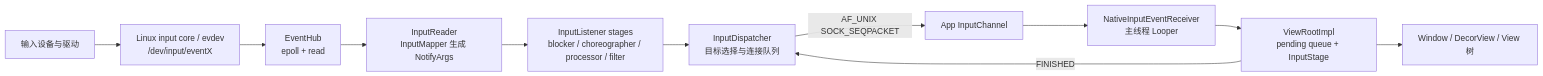
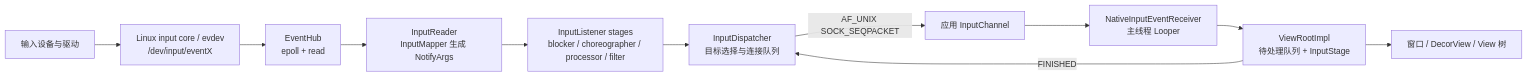
Before and after one commit to Gracker/android-internals-wiki: the diagram in src/part1-fundamentals/ch03-input/01-input-dispatch.md, drawn with Mermaid. The commit also changed other lines of this file and 4 other files, not shown here.

````diff
--- a/src/part1-fundamentals/ch03-input/01-input-dispatch.md
+++ b/src/part1-fundamentals/ch03-input/01-input-dispatch.md
@@ -99,13 +99,13 @@
 ```mermaid
 flowchart LR
     HW["输入设备与驱动"] --> EV["Linux input core / evdev<br/>/dev/input/eventX"]
     EV --> EH["EventHub<br/>epoll + read"]
     EH --> IR["InputReader<br/>InputMapper 生成 NotifyArgs"]
     IR --> LS["InputListener stages<br/>blocker / choreographer / processor / filter"]
     LS --> ID["InputDispatcher<br/>目标选择与连接队列"]
-    ID -->|"AF_UNIX SOCK_SEQPACKET"| IC["App InputChannel"]
+    ID -->|"AF_UNIX SOCK_SEQPACKET"| IC["应用 InputChannel"]
     IC --> NIR["NativeInputEventReceiver<br/>主线程 Looper"]
-    NIR --> VRI["ViewRootImpl<br/>pending queue + InputStage"]
-    VRI --> VIEW["Window / DecorView / View 树"]
+    NIR --> VRI["ViewRootImpl<br/>待处理队列 + InputStage"]
+    VRI --> VIEW["窗口 / DecorView / View 树"]
     VRI -->|"FINISHED"| ID
 ```
````
